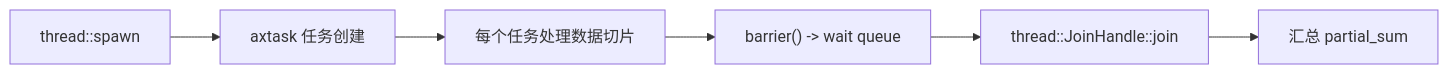
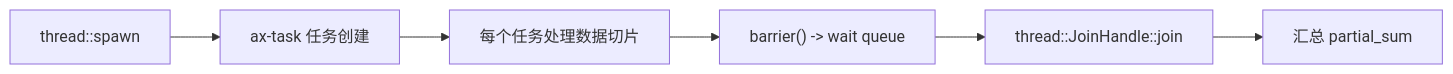
One commit to zKurisu/tgoskits changed the first of 2 diagrams in docs/crates/arceos-parallel.md. Above: the diagram before and after it, drawn with Mermaid. The commit also changed other lines of this file and 133 other files, not shown here.

Commit message:
rename axtask to ax-task

````diff
--- a/docs/crates/arceos-parallel.md
+++ b/docs/crates/arceos-parallel.md
@@ -37,8 +37,8 @@
 ```mermaid
 flowchart LR
-    A["thread::spawn"] --> B["axtask 任务创建"]
+    A["thread::spawn"] --> B["ax-task 任务创建"]
     B --> C["每个任务处理数据切片"]
     C --> D["barrier() -> wait queue"]
     D --> E["thread::JoinHandle::join"]
     E --> F["汇总 partial_sum"]
 ```
````
